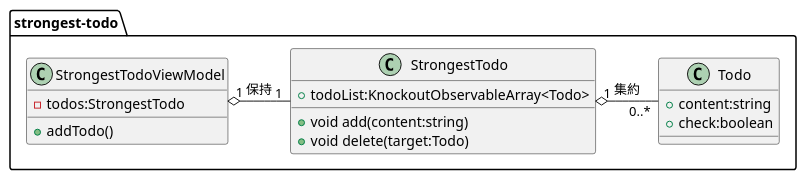
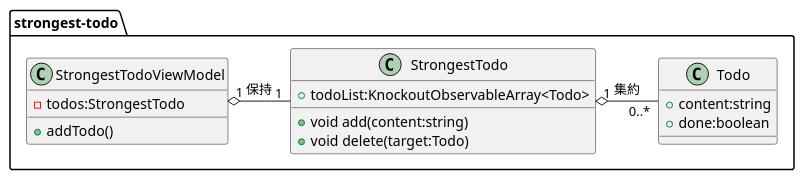
Before and after one commit to Remote-Pairpro/strongest-todo: the diagram in doc/rough/classes.pu, drawn with PlantUML. The commit also changed 1 other file, not shown here.

```diff
--- a/doc/rough/classes.pu
+++ b/doc/rough/classes.pu
@@ -1,26 +1,26 @@
 @startuml
 
 package "strongest-todo" {
 
   class StrongestTodoViewModel {
       - todos:StrongestTodo
       + addTodo()
   }
 
   class StrongestTodo {
       + todoList:KnockoutObservableArray<Todo>
       + void add(content:string)
       + void delete(target:Todo)
   }
 
   class Todo {
     + content:string
-    + check:boolean
+    + done:boolean
   }
 
   StrongestTodo "1" o- "0..*" Todo : "集約"
   StrongestTodoViewModel "1" o- "1" StrongestTodo : "保持"
 
 }
 
 @enduml
```
